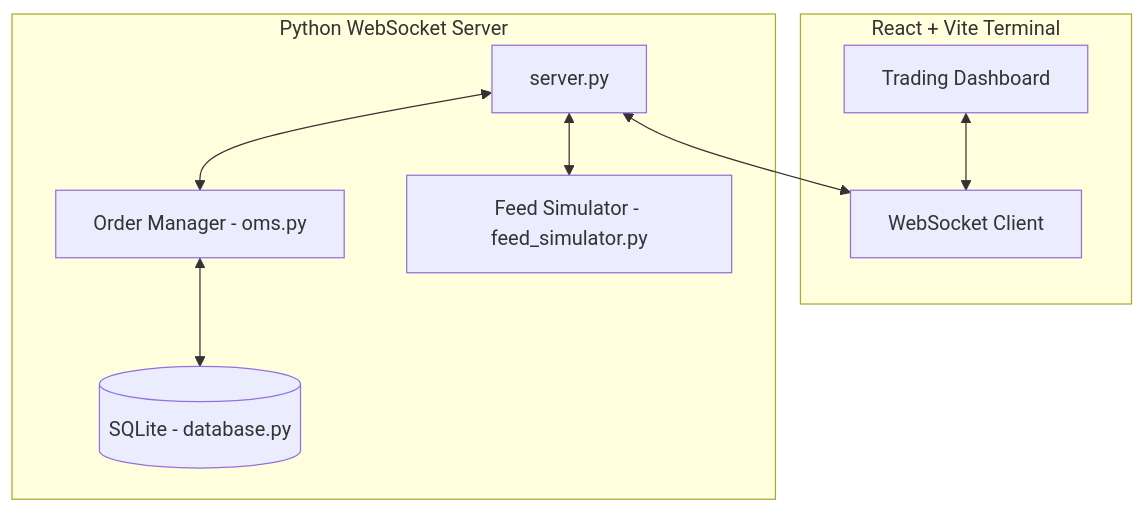
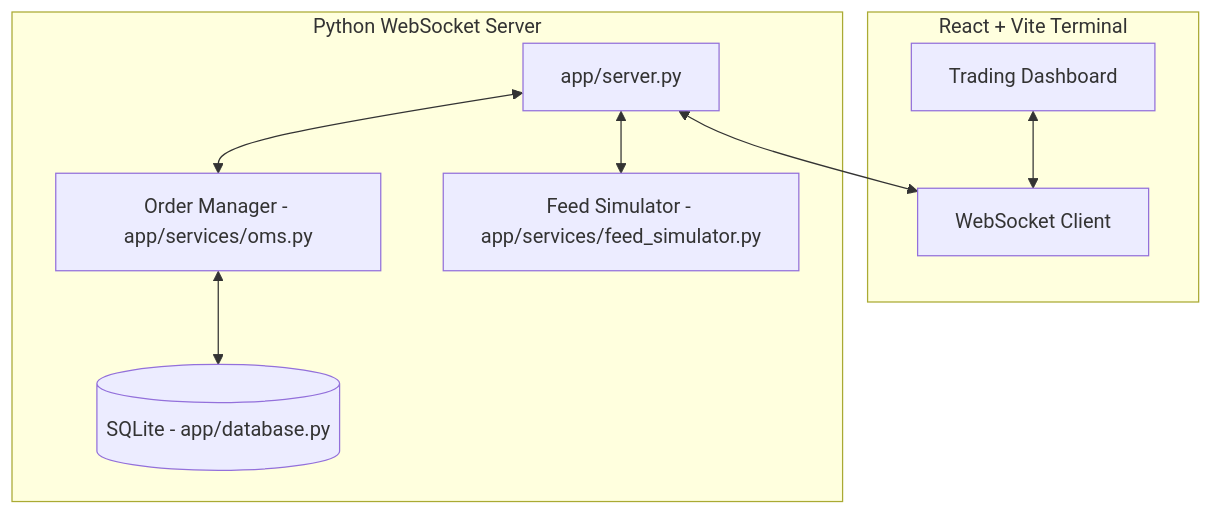
One commit to Dhim001/Antigravity-Trading-Terminal-2 changed the diagram in README.md. Above: the diagram before and after it, drawn with Mermaid. The commit also changed other lines of this file and 14 other files, not shown here.

````diff
--- a/README.md
+++ b/README.md
@@ -9,13 +9,13 @@
 ```mermaid
 graph TD
     subgraph Frontend [React + Vite Terminal]
         UI[Trading Dashboard] <--> WS_Client[WebSocket Client]
     end
 
     subgraph Backend [Python WebSocket Server]
-        WS_Server[server.py] <--> WS_Client
-        WS_Server <--> OMS[Order Manager - oms.py]
-        WS_Server <--> FeedSim[Feed Simulator - feed_simulator.py]
-        OMS <--> DB[(SQLite - database.py)]
+        WS_Server[app/server.py] <--> WS_Client
+        WS_Server <--> OMS[Order Manager - app/services/oms.py]
+        WS_Server <--> FeedSim[Feed Simulator - app/services/feed_simulator.py]
+        OMS <--> DB[(SQLite - app/database.py)]
     end
 ```
````
